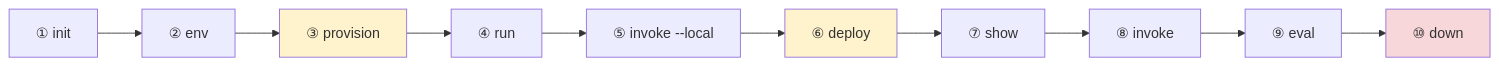
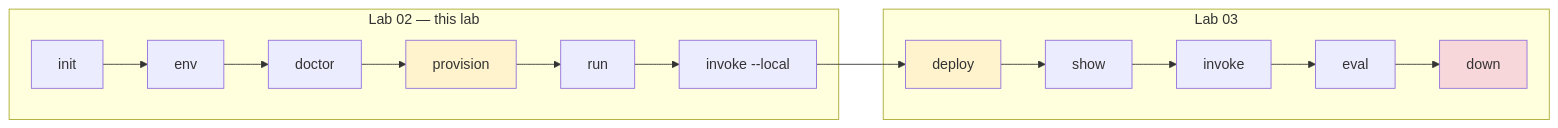
The diagram in docs/tutorial/02-first-agent.md (shinyay/getting-started-with-foundry-toolkit), drawn with Mermaid before and after one commit. The commit also changed other lines of this file and 2 other files, not shown here.

````diff
--- a/docs/tutorial/02-first-agent.md
+++ b/docs/tutorial/02-first-agent.md
@@ -14,8 +15,13 @@
 ```mermaid
 flowchart LR
-    A["① init"] --> B["② env"] --> C["③ provision"] --> D["④ run"] --> E["⑤ invoke --local"]
-    E --> F["⑥ deploy"] --> G["⑦ show"] --> H["⑧ invoke"] --> I["⑨ eval"] --> J["⑩ down"]
-    style C fill:#fff3cd
-    style F fill:#fff3cd
-    style J fill:#f8d7da
+    subgraph L2["Lab 02 — this lab"]
+        A["init"] --> B["env"] --> C["doctor"] --> D["provision"] --> E["run"] --> F["invoke --local"]
+    end
+    subgraph L3["Lab 03"]
+        G["deploy"] --> H["show"] --> I["invoke"] --> J["eval"] --> K["down"]
+    end
+    F --> G
+    style D fill:#fff3cd
+    style G fill:#fff3cd
+    style K fill:#f8d7da
 ```
````
